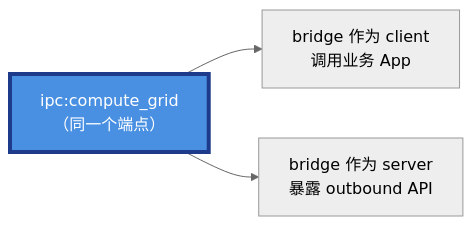
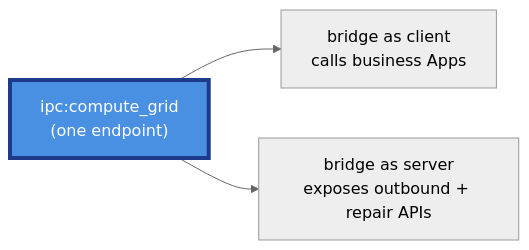
The fourth of 20 diagrams in Py/lingofuse/Bridge_User_Guide.md (PassByYou888/LingoFuse), drawn with Mermaid (neutral theme) before and after one commit. The commit also changed other lines of this file, not shown here.

````diff
--- a/Py/lingofuse/Bridge_User_Guide.md
+++ b/Py/lingofuse/Bridge_User_Guide.md
@@ -158,8 +187,8 @@
 ```mermaid
 flowchart LR
-    Endpoint["ipc:compute_grid<br/>（同一个端点）"]
-    Endpoint --> ClientRole["bridge 作为 client<br/>调用业务 App"]
-    Endpoint --> ServerRole["bridge 作为 server<br/>暴露 outbound API"]
+    Endpoint["ipc:compute_grid<br/>(one endpoint)"]
+    Endpoint --> ClientRole["bridge as client<br/>calls business Apps"]
+    Endpoint --> ServerRole["bridge as server<br/>exposes outbound + repair APIs"]
 
     style Endpoint fill:#4A90E2,stroke:#1E3A8A,stroke-width:4px,color:#FFFFFF
 ```
````
